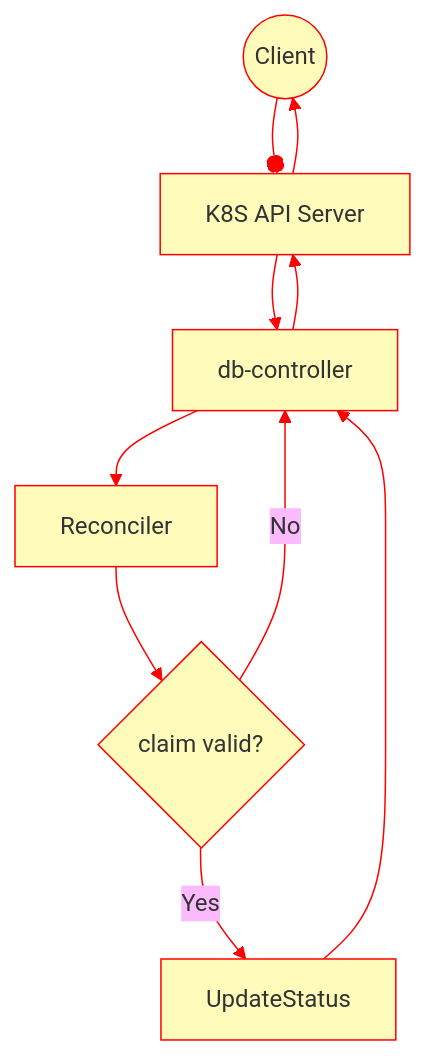
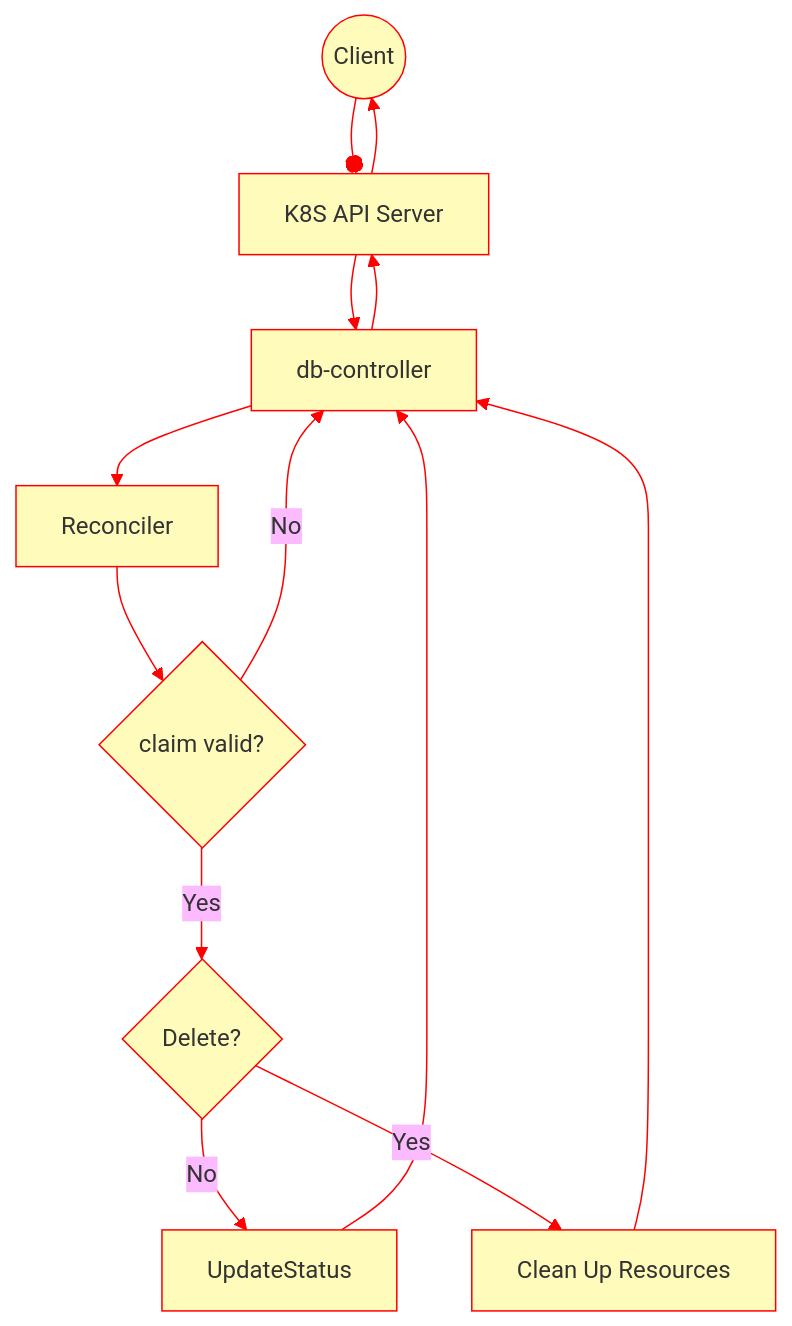
The fifth of 8 diagrams in docs/index.md (infobloxopen/db-controller), drawn with Mermaid before and after one commit. The commit also changed other lines of this file and 4 other files, not shown here.

````diff
--- a/docs/index.md
+++ b/docs/index.md
@@ -446,13 +447,16 @@
 ```mermaid
 %%{init: {'theme': 'base', 'themeVariables': { 'primaryColor': '#fffcbb', 'lineColor': '#ff0000', 'primaryBorderColor': '#ff0000'}}}%%
 graph TB
 A((Client)) --o B
 B[K8S API Server] --> C[db-controller]
 C--> D[Reconciler]
 D--> E{claim valid?}
 E -- No --> C
-E -- Yes --> F[UpdateStatus]
-F --> C
+E -- Yes -->F{Delete?}
+F -- No --> G[UpdateStatus]
+F -- Yes --> H[Clean Up Resources]
+H --> C
+G --> C
 C -->B
 B --> A
 ```
````
